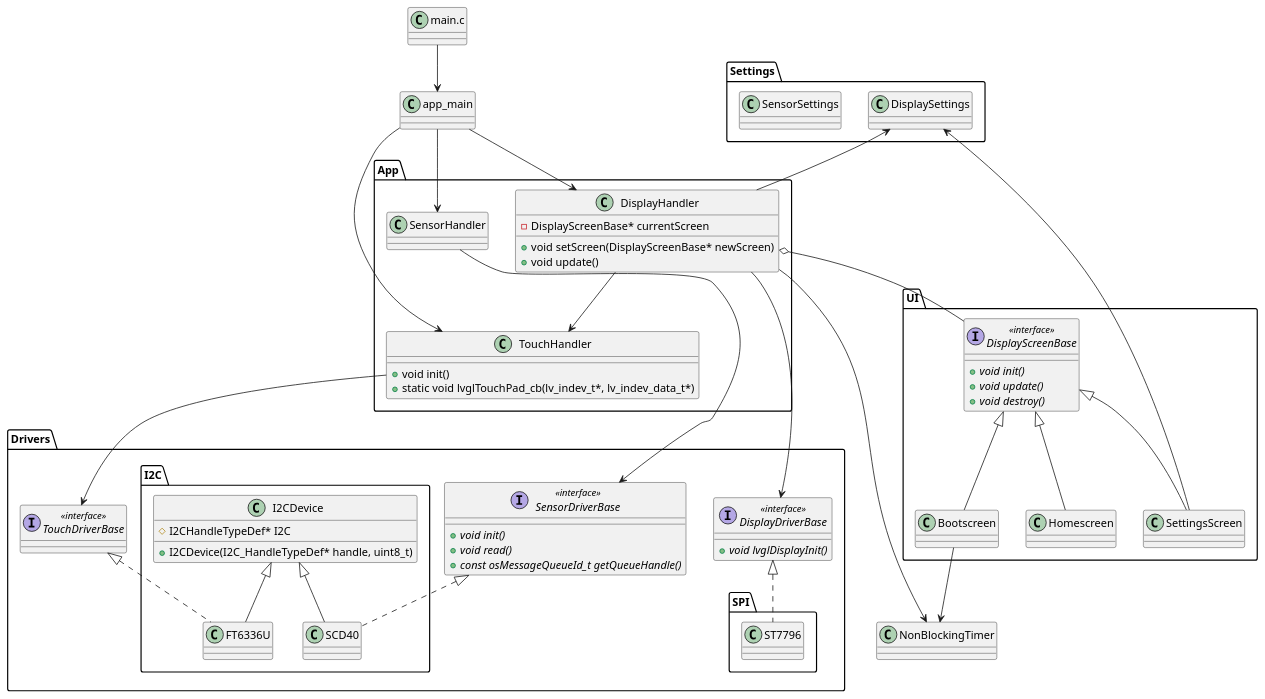
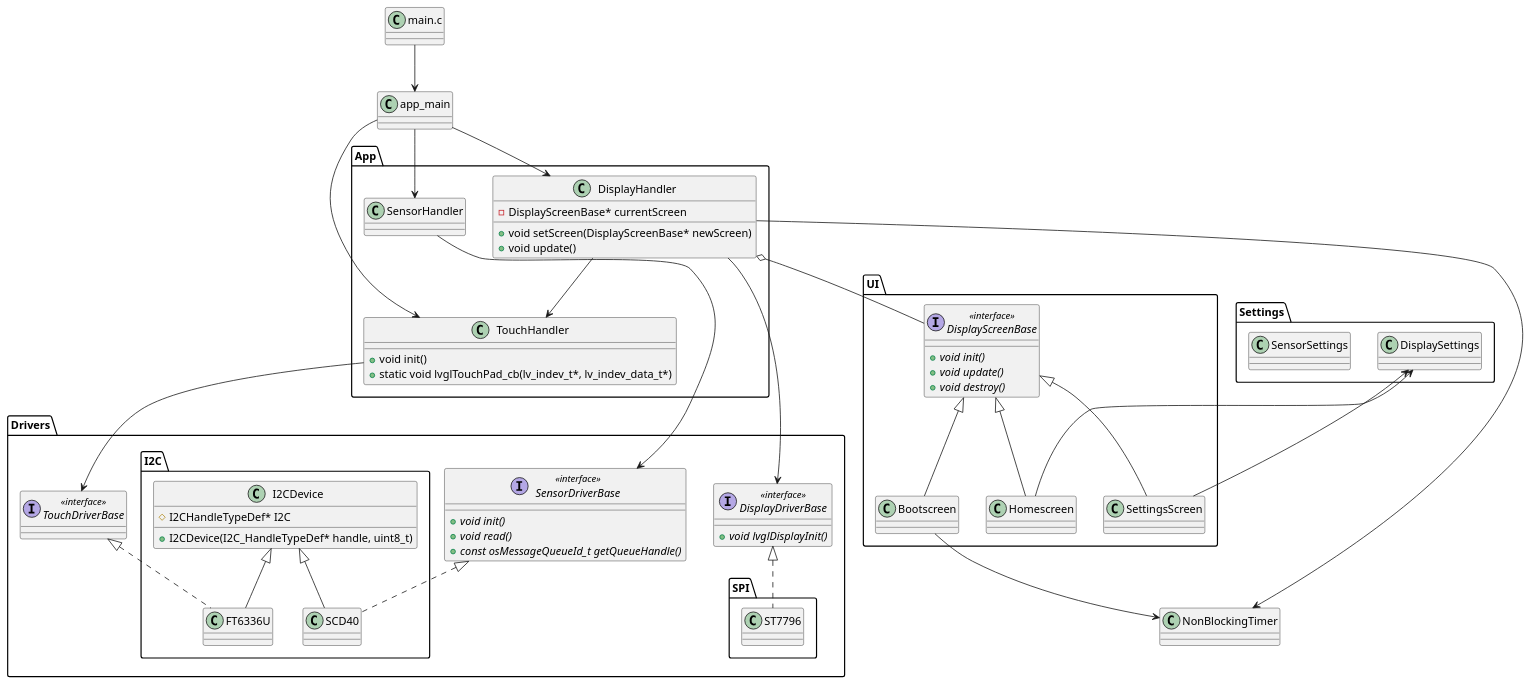
Before and after one commit to CookieLover3000/Co2-Sensor-PoC: the diagram in Docs/class.puml, drawn with PlantUML. The commit also changed 3 other files, not shown here.

```diff
--- a/Docs/class.puml
+++ b/Docs/class.puml
@@ -1,122 +1,122 @@
 @startuml Co2 Monitor Class Diagram
 class "main.c" as MainC {
 
 }
 
 class app_main {
 
 }
 
 class NonBlockingTimer {
 
 }
 
 namespace App {
     class DisplayHandler {
         - DisplayScreenBase* currentScreen
         + void setScreen(DisplayScreenBase* newScreen)
         + void update()
     }
     class TouchHandler {
         + void init()
         + static void lvglTouchPad_cb(lv_indev_t*, lv_indev_data_t*)
     }
     class SensorHandler {
 
     }
 }
 
 namespace UI {
 
     Interface DisplayScreenBase <<interface>>{
         + {abstract} void init()
         + {abstract} void update()
         + {abstract} void destroy()
     }
     
     class Bootscreen {
 
     }
     class Homescreen {
 
     }
     class SettingsScreen {
 
     }
 }
 
 namespace Settings {
     class DisplaySettings {
 
     }
 
     class SensorSettings {
 
     }
 }
 
 namespace Drivers {
 
     interface DisplayDriverBase <<interface>>{
         + {abstract} void lvglDisplayInit()
     }
 
     interface TouchDriverBase <<interface>>{
 
     }
 
     interface SensorDriverBase <<interface>>{
         + {abstract} void init()
         + {abstract} void read()
         + {abstract} const osMessageQueueId_t getQueueHandle()
     }
 
     namespace SPI {
         class ST7796 {
 
         }
     }
     namespace I2C {
         class I2CDevice {
             # I2CHandleTypeDef* I2C
             + I2CDevice(I2C_HandleTypeDef* handle, uint8_t)
         }
 
 
         class FT6336U {
 
         }
 
         class SCD40 {
 
         }
     }
 }
 
 'Relations
 MainC --> app_main
 app_main --> DisplayHandler
 app_main --> TouchHandler
 app_main --> SensorHandler
 
 DisplayHandler --> TouchHandler
-DisplayHandler --> NonBlockingTimer
+DisplayHandler --> NonBlockingTimer 
 Bootscreen --> NonBlockingTimer
 DisplayHandler --> DisplayDriverBase
 DisplayHandler o-- DisplayScreenBase
 DisplayScreenBase <|-- Homescreen
 DisplayScreenBase <|-- SettingsScreen
 DisplayScreenBase <|-- Bootscreen
 TouchHandler --> TouchDriverBase
 SensorHandler --> SensorDriverBase
 
 DisplaySettings <-- SettingsScreen
-DisplaySettings <-- DisplayHandler
+DisplaySettings <-- Homescreen
 
 I2CDevice <|-- FT6336U
 I2CDevice <|-- SCD40
 
 DisplayDriverBase <|.. ST7796
 TouchDriverBase <|.. FT6336U
 SensorDriverBase <|.. SCD40
 @enduml
```
